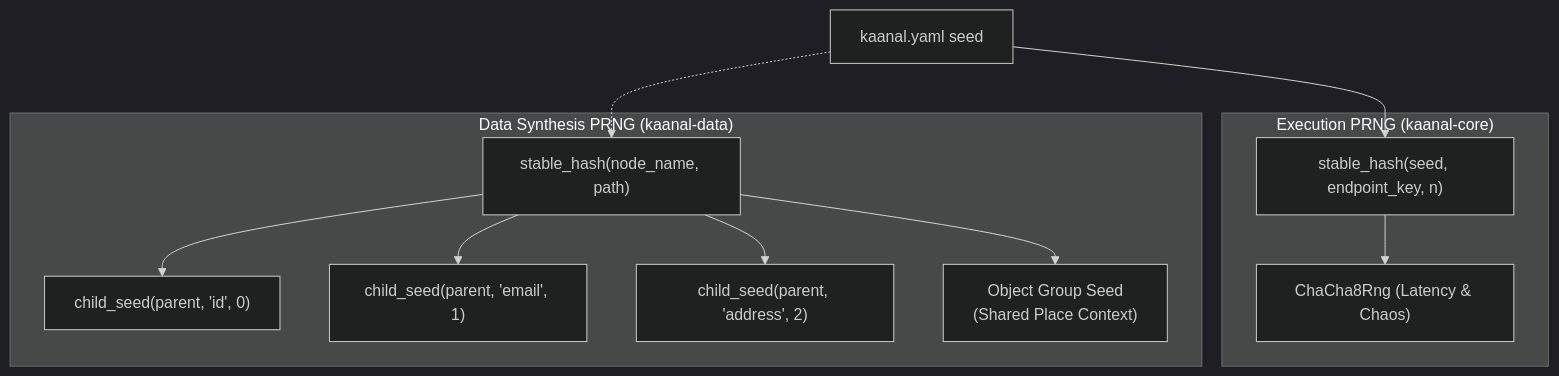
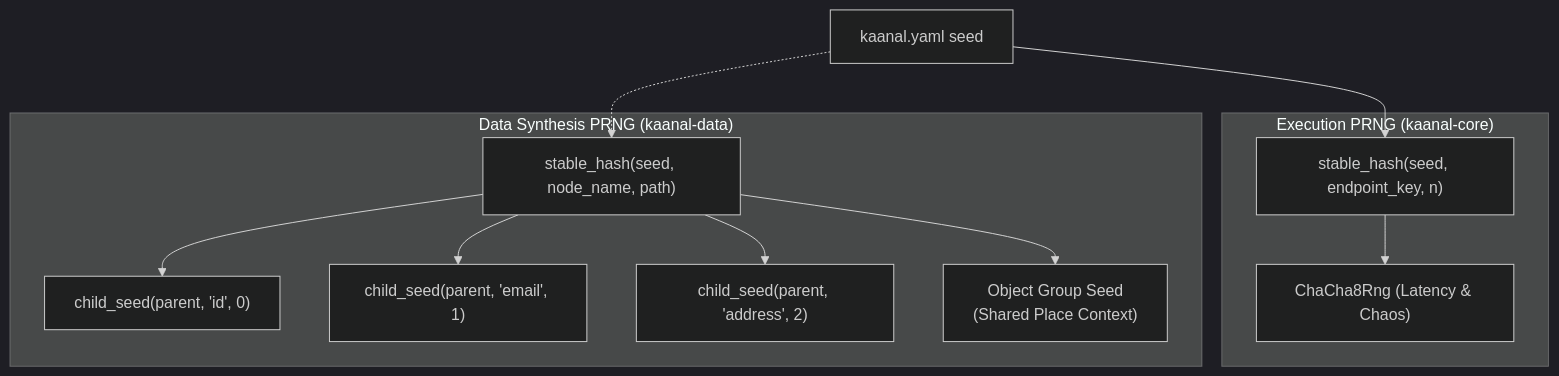
The fifth of 7 diagrams in docs/source/architecture.md (Naveen2070/kaanal), drawn with Mermaid (dark theme) before and after one commit. The commit also changed other lines of this file and 21 other files, not shown here.

````diff
--- a/docs/source/architecture.md
+++ b/docs/source/architecture.md
@@ -185,24 +185,24 @@
 ```mermaid
 flowchart TD
     ConfigSeed["kaanal.yaml seed"]
     
     subgraph Execution["Execution PRNG (kaanal-core)"]
         ExecSeed["stable_hash(seed, endpoint_key, n)"]
         ChaChaExec["ChaCha8Rng (Latency & Chaos)"]
     end
 
     subgraph DataGen["Data Synthesis PRNG (kaanal-data)"]
-        BodySeed["stable_hash(node_name, path)"]
+        BodySeed["stable_hash(seed, node_name, path)"]
         Field1["child_seed(parent, 'id', 0)"]
         Field2["child_seed(parent, 'email', 1)"]
         Field3["child_seed(parent, 'address', 2)"]
         GroupSeed["Object Group Seed<br/>(Shared Place Context)"]
     end
 
     ConfigSeed --> ExecSeed --> ChaChaExec
     ConfigSeed -.-> BodySeed
     BodySeed --> Field1
     BodySeed --> Field2
     BodySeed --> Field3
     BodySeed --> GroupSeed
 ```
````
